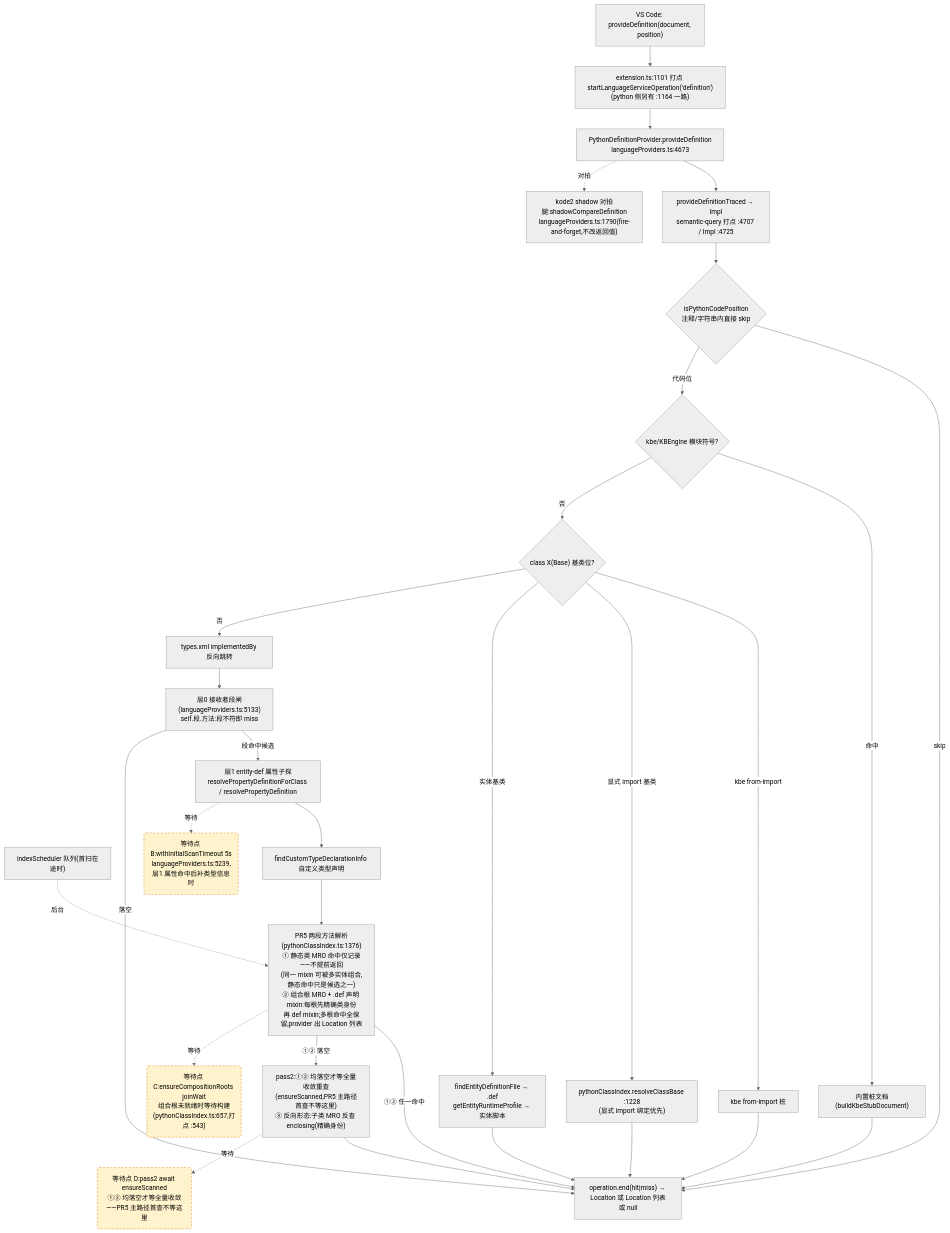
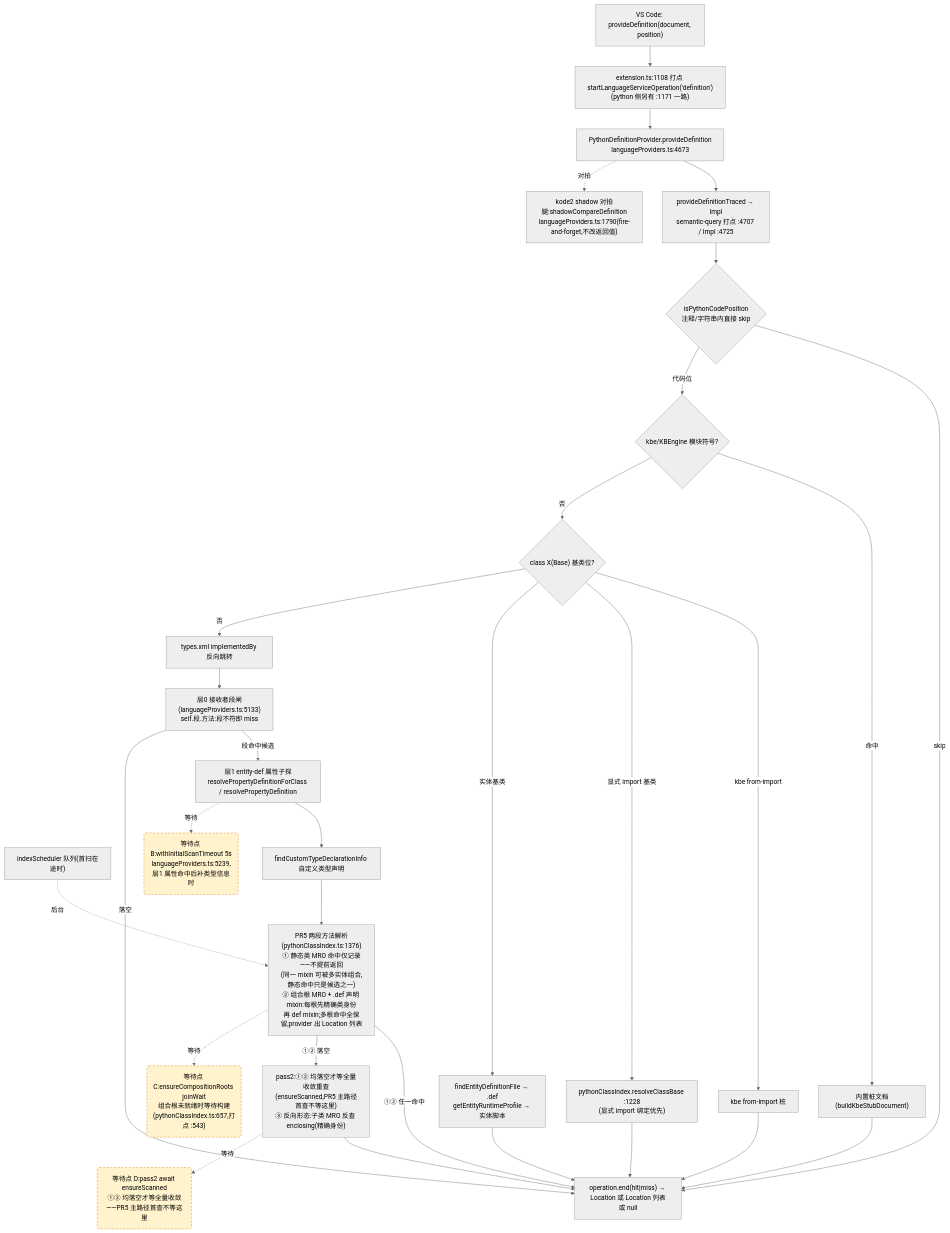
One commit to cuihairu/kode changed the second of 4 diagrams in docs/perf/2026-baseline.md. Above: the diagram before and after it, drawn with Mermaid (neutral theme). The commit also changed other lines of this file and 4 other files, not shown here.

````diff
--- a/docs/perf/2026-baseline.md
+++ b/docs/perf/2026-baseline.md
@@ -130,51 +130,51 @@
 ```mermaid
 flowchart TD
   VC2["VS Code: provideDefinition(document, position)"]
-  M2["extension.ts:1101 打点 startLanguageServiceOperation('definition')<br/>(python 侧另有 :1164 一路)"]
+  M2["extension.ts:1108 打点 startLanguageServiceOperation('definition')<br/>(python 侧另有 :1171 一路)"]
   AD2["PythonDefinitionProvider.provideDefinition<br/>languageProviders.ts:4673"]
   TR["provideDefinitionTraced → Impl<br/>semantic-query 打点 :4707 / Impl :4725"]
   CTX{"isPythonCodePosition<br/>注释/字符串内直接 skip"}
   KBE{"kbe/KBEngine 模块符号?"}
   STUB["内置桩文档(buildKbeStubDocument)"]
   CB{"class X(Base) 基类位?"}
   CB1["kbe from-import 桩"]
   CB2["pythonClassIndex.resolveClassBase :1228<br/>(显式 import 绑定优先)"]
   CB3["findEntityDefinitionFile → .def<br/>getEntityRuntimeProfile → 实体脚本"]
   REV["types.xml implementedBy 反向跳转"]
   L0["层0 接收者段闸(languageProviders.ts:5133)<br/>self.段.方法:段不符即 miss"]
   L1["层1 entity-def 属性子探<br/>resolvePropertyDefinitionForClass / resolvePropertyDefinition"]
   SCAN["indexScheduler 队列(首扫在途时)"]
   TY["findCustomTypeDeclarationInfo 自定义类型声明"]
   MRO["PR5 两段方法解析(pythonClassIndex.ts:1376)<br/>① 静态类 MRO 命中仅记录——不提前返回<br/>(同一 mixin 可被多实体组合,静态命中只是候选之一)<br/>② 组合根 MRO + .def 声明 mixin:每根先精确类身份<br/>再 def mixin;多根命中全保留,provider 出 Location 列表"]
   PASS2["pass2:①② 均落空才等全量收敛重查<br/>(ensureScanned,PR5 主路径首查不等这里)<br/>③ 反向形态:子类 MRO 反查 enclosing(精确身份)"]
   SHD["kode2 shadow 对拍腿:shadowCompareDefinition<br/>languageProviders.ts:1790(fire-and-forget,不改返回值)"]
   END2["operation.end(hit|miss) → Location 或 Location 列表或 null"]
 
   VC2 --> M2 --> AD2 --> TR --> CTX
   CTX -- "skip" --> END2
   CTX -- "代码位" --> KBE
   KBE -- "命中" --> STUB --> END2
   KBE -- "否" --> CB
   CB -- "kbe from-import" --> CB1 --> END2
   CB -- "显式 import 基类" --> CB2 --> END2
   CB -- "实体基类" --> CB3 --> END2
   CB -- "否" --> REV --> L0
   L0 -- "段命中候选" --> L1
   L0 -- "落空" --> END2
   L1 --> TY
   TY --> MRO
   MRO -- "①② 任一命中" --> END2
   MRO -- "①② 落空" --> PASS2 --> END2
   AD2 -.->|对拍| SHD
 
   WAITB("等待点 B:withInitialScanTimeout 5s<br/>languageProviders.ts:5239,层1 属性命中后补类型信息时")
   WAITC("等待点 C:ensureCompositionRoots joinWait<br/>组合根未就绪时等待构建(pythonClassIndex.ts:657,打点 :543)")
   WAITD("等待点 D:pass2 await ensureScanned<br/>①② 均落空才等全量收敛——PR5 主路径首查不等这里")
   L1 -.->|等待| WAITB
   MRO -.->|等待| WAITC
   PASS2 -.->|等待| WAITD
   SCAN -.->|后台| MRO
 
   classDef waitPoint fill:#fff3cd,stroke:#d97706,stroke-dasharray:5 4;
   class WAITB,WAITC,WAITD waitPoint;
 ```
````
